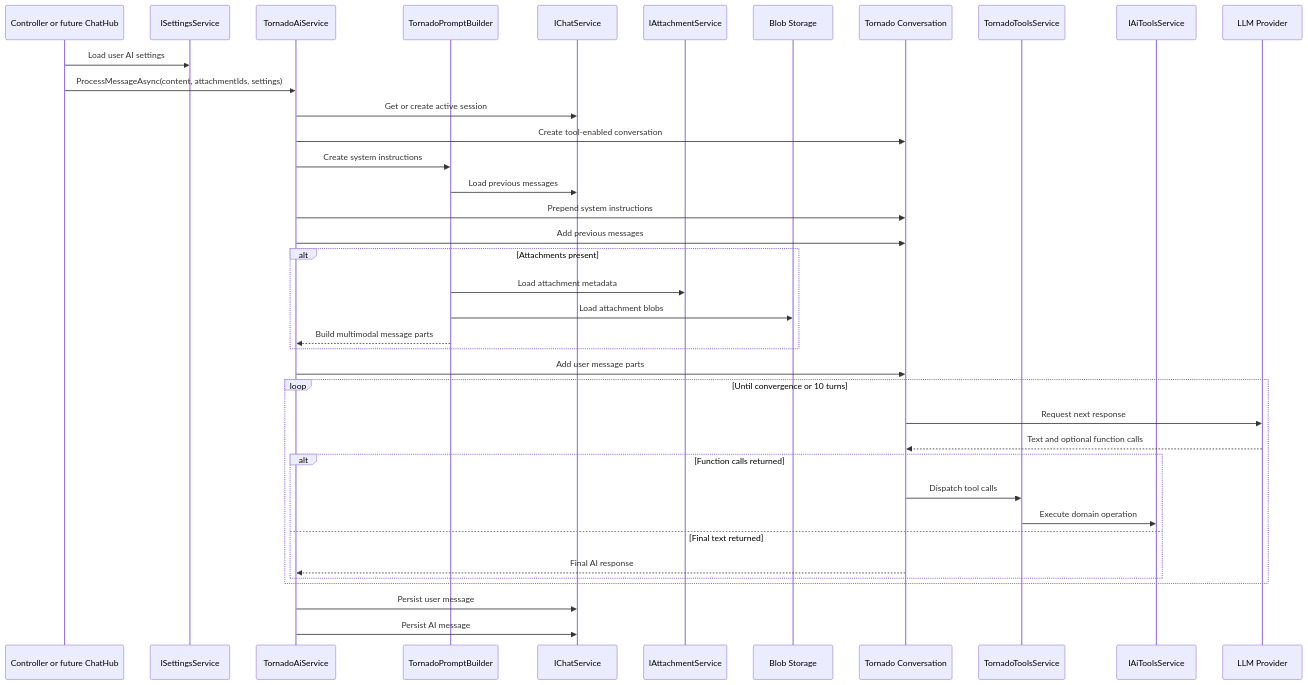
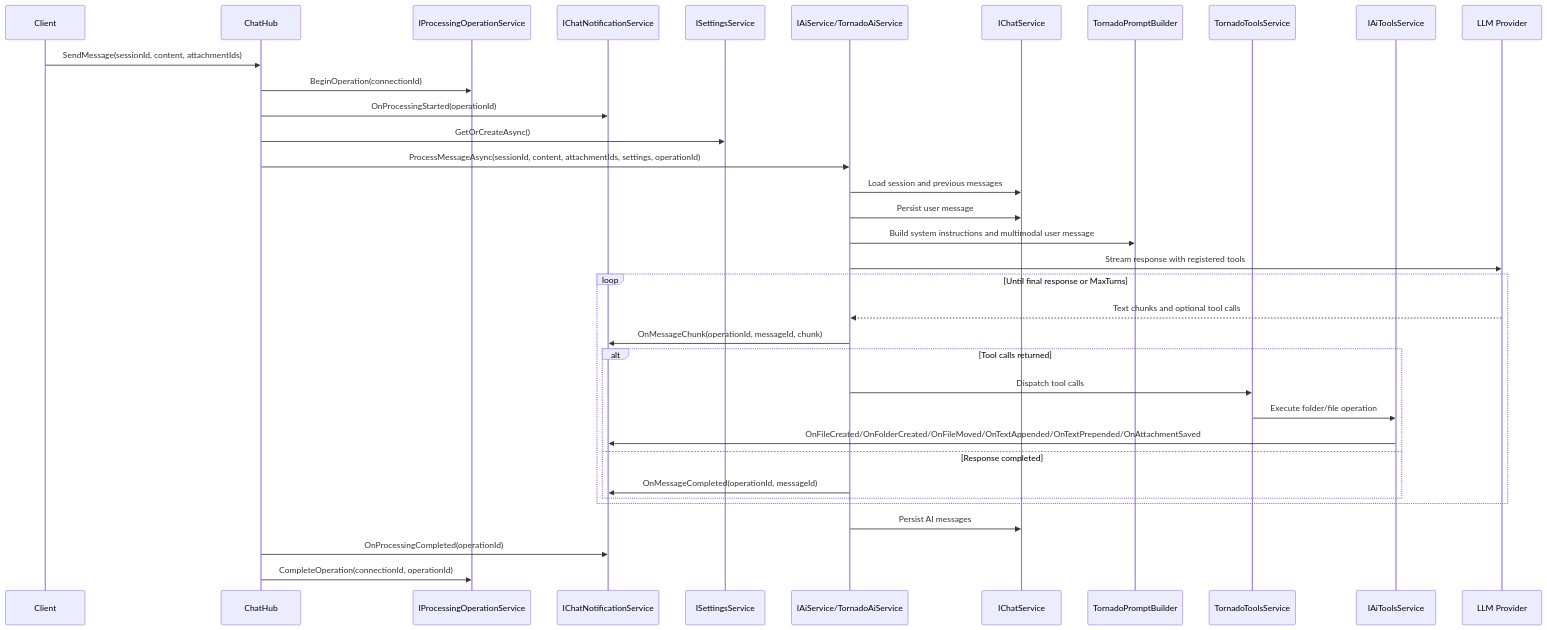
The diagram in docs/agents/API_ARCHITECTURE.md (BarminGeorge/ShuKnow), drawn with Mermaid before and after one commit. The commit also changed other lines of this file and 7 other files, not shown here.

````diff
--- a/docs/agents/API_ARCHITECTURE.md
+++ b/docs/agents/API_ARCHITECTURE.md
@@ -35,45 +25,40 @@
 ```mermaid
 sequenceDiagram
-    participant Caller as Controller or future ChatHub
+    participant Client
+    participant Hub as ChatHub
+    participant Ops as IProcessingOperationService
+    participant Notify as IChatNotificationService
     participant Settings as ISettingsService
-    participant AI as TornadoAiService
+    participant AI as IAiService/TornadoAiService
+    participant Chat as IChatService
     participant Prompt as TornadoPromptBuilder
-    participant Chat as IChatService
-    participant Attach as IAttachmentService
-    participant Blob as Blob Storage
-    participant Conv as Tornado Conversation
     participant Tools as TornadoToolsService
     participant ToolPort as IAiToolsService
     participant LLM as LLM Provider
 
-    Caller->>Settings: Load user AI settings
-    Caller->>AI: ProcessMessageAsync(content, attachmentIds, settings)
-    AI->>Chat: Get or create active session
-    AI->>Conv: Create tool-enabled conversation
-    AI->>Prompt: Create system instructions
-    Prompt->>Chat: Load previous messages
-    AI->>Conv: Prepend system instructions
-    AI->>Conv: Add previous messages
+    Client->>Hub: SendMessage(sessionId, content, attachmentIds)
+    Hub->>Ops: BeginOperation(connectionId)
+    Hub->>Notify: OnProcessingStarted(operationId)
+    Hub->>Settings: GetOrCreateAsync()
+    Hub->>AI: ProcessMessageAsync(sessionId, content, attachmentIds, settings, operationId)
+    AI->>Chat: Load session and previous messages
+    AI->>Chat: Persist user message
+    AI->>Prompt: Build system instructions and multimodal user message
+    AI->>LLM: Stream response with registered tools
 
-    alt Attachments present
-        Prompt->>Attach: Load attachment metadata
-        Prompt->>Blob: Load attachment blobs
-        Prompt-->>AI: Build multimodal message parts
-    end
-
-    AI->>Conv: Add user message parts
-
-    loop Until convergence or 10 turns
-        Conv->>LLM: Request next response
-        LLM-->>Conv: Text and optional function calls
-        alt Function calls returned
-            Conv->>Tools: Dispatch tool calls
-            Tools->>ToolPort: Execute domain operation
-        else Final text returned
-            Conv-->>AI: Final AI response
+    loop Until final response or MaxTurns
+        LLM-->>AI: Text chunks and optional tool calls
+        AI->>Notify: OnMessageChunk(operationId, messageId, chunk)
+        alt Tool calls returned
+            AI->>Tools: Dispatch tool calls
+            Tools->>ToolPort: Execute folder/file operation
+            ToolPort->>Notify: OnFileCreated/OnFolderCreated/OnFileMoved/OnTextAppended/OnTextPrepended/OnAttachmentSaved
+        else Response completed
+            AI->>Notify: OnMessageCompleted(operationId, messageId)
         end
     end
 
-    AI->>Chat: Persist user message
-    AI->>Chat: Persist AI message
+    AI->>Chat: Persist AI messages
+    Hub->>Notify: OnProcessingCompleted(operationId)
+    Hub->>Ops: CompleteOperation(connectionId, operationId)
 ```
````
